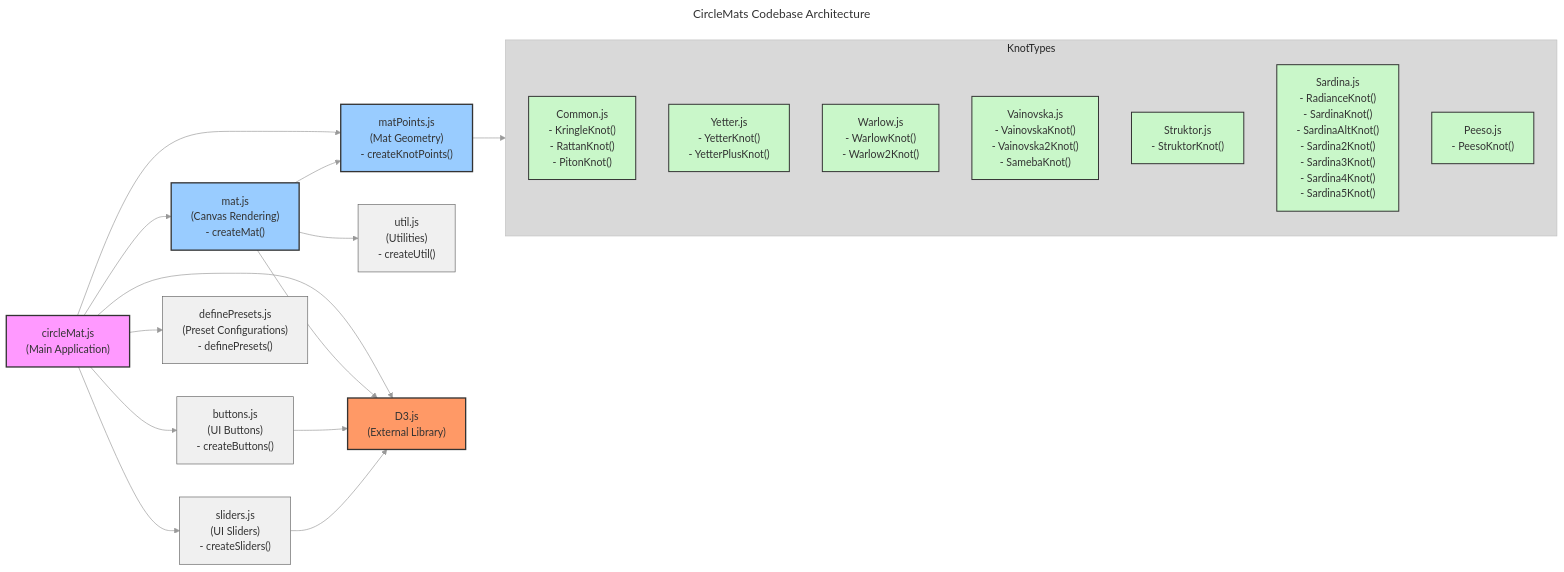
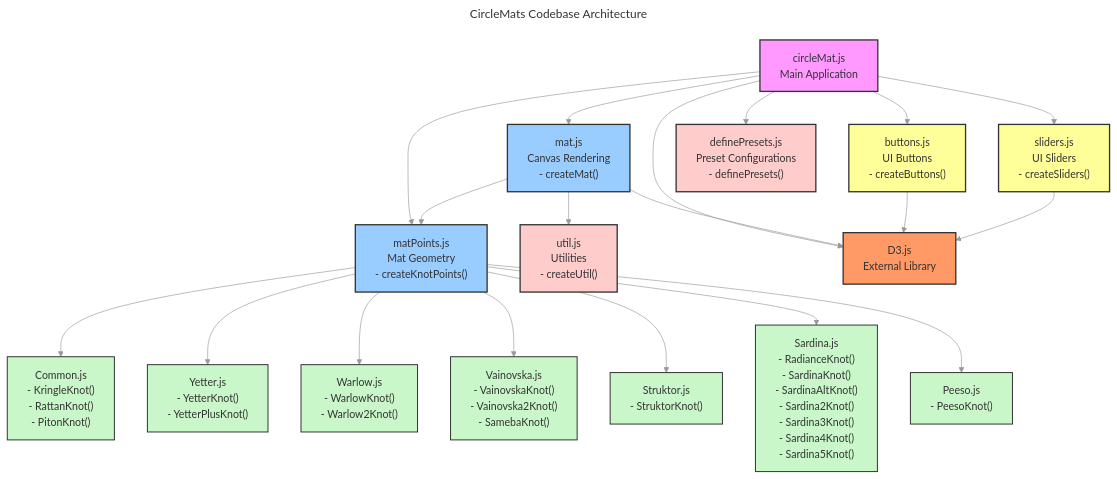
One commit to Scott-Y-Hall/CircleMats changed the diagram in code-relationships.mmd. Above: the diagram before and after it, drawn with Mermaid.

```diff
--- a/code-relationships.mmd
+++ b/code-relationships.mmd
@@ -1,60 +1,70 @@
 ---
 title: CircleMats Codebase Architecture
 description: Visualization of module relationships and dependencies in the CircleMats project.
 ---
 
 %%{init: {'theme': 'base', 'themeVariables': { 'primaryColor': '#f0f0f0', 'primaryTextColor': '#333', 'primaryBorderColor': '#666', 'lineColor': '#999', 'secondaryColor': '#e6e6e6', 'tertiaryColor': '#d9d9d9'}}}%%
 
-graph LR
+graph TD
     %% Main Application File
-    circleMat.js["circleMat.js<br/>(Main Application)"]
+    circleMat["circleMat.js<br/>Main Application"]
     
     %% Core Modules
-    mat.js["mat.js<br/>(Canvas Rendering)<br/>- createMat()"]
-    matPoints.js["matPoints.js<br/>(Mat Geometry)<br/>- createKnotPoints()"]
+    mat["mat.js<br/>Canvas Rendering<br/>- createMat()"]
+    matPoints["matPoints.js<br/>Mat Geometry<br/>- createKnotPoints()"]
     
     %% UI Components
-    buttons.js["buttons.js<br/>(UI Buttons)<br/>- createButtons()"]
-    sliders.js["sliders.js<br/>(UI Sliders)<br/>- createSliders()"]
+    buttons["buttons.js<br/>UI Buttons<br/>- createButtons()"]
+    sliders["sliders.js<br/>UI Sliders<br/>- createSliders()"]
     
-    %% Knot Implementations
-    subgraph "KnotTypes"
-        Common["Common.js<br/>- KringleKnot()<br/>- RattanKnot()<br/>- PitonKnot()"]
-        Yetter["Yetter.js<br/>- YetterKnot()<br/>- YetterPlusKnot()"]
-        Warlow["Warlow.js<br/>- WarlowKnot()<br/>- Warlow2Knot()"]
-        Vainovska["Vainovska.js<br/>- VainovskaKnot()<br/>- Vainovska2Knot()<br/>- SamebaKnot()"]
-        Struktor["Struktor.js<br/>- StruktorKnot()"]
-        Sardina["Sardina.js<br/>- RadianceKnot()<br/>- SardinaKnot()<br/>- SardinaAltKnot()<br/>- Sardina2Knot()<br/>- Sardina3Knot()<br/>- Sardina4Knot()<br/>- Sardina5Knot()"]
-        Peeso["Peeso.js<br/>- PeesoKnot()"]
-    end
+    %% Knot Types
+    Common["Common.js<br/>- KringleKnot()<br/>- RattanKnot()<br/>- PitonKnot()"]
+    Yetter["Yetter.js<br/>- YetterKnot()<br/>- YetterPlusKnot()"]
+    Warlow["Warlow.js<br/>- WarlowKnot()<br/>- Warlow2Knot()"]
+    Vainovska["Vainovska.js<br/>- VainovskaKnot()<br/>- Vainovska2Knot()<br/>- SamebaKnot()"]
+    Struktor["Struktor.js<br/>- StruktorKnot()"]
+    Sardina["Sardina.js<br/>- RadianceKnot()<br/>- SardinaKnot()<br/>- SardinaAltKnot()<br/>- Sardina2Knot()<br/>- Sardina3Knot()<br/>- Sardina4Knot()<br/>- Sardina5Knot()"]
+    Peeso["Peeso.js<br/>- PeesoKnot()"]
     
     %% Utility
-    util.js["util.js<br/>(Utilities)<br/>- createUtil()"]
-    definePresets.js["definePresets.js<br/>(Preset Configurations)<br/>- definePresets()"]
+    util["util.js<br/>Utilities<br/>- createUtil()"]
+    definePresets["definePresets.js<br/>Preset Configurations<br/>- definePresets()"]
     
     %% D3.js Dependency
-    D3["D3.js<br/>(External Library)"]
+    D3["D3.js<br/>External Library"]
     
     %% Relationships
-    circleMat.js --> D3
-    circleMat.js --> mat.js
-    circleMat.js --> matPoints.js
-    circleMat.js --> buttons.js
-    circleMat.js --> sliders.js
-    circleMat.js --> definePresets.js
+    circleMat --> D3
+    circleMat --> mat
+    circleMat --> matPoints
+    circleMat --> buttons
+    circleMat --> sliders
+    circleMat --> definePresets
     
-    mat.js --> matPoints.js
-    mat.js --> util.js
-    mat.js --> D3
+    mat --> matPoints
+    mat --> util
+    mat --> D3
     
-    buttons.js --> D3
-    sliders.js --> D3
-    matPoints.js --> KnotTypes    
+    buttons --> D3
+    sliders --> D3
+    matPoints --> Common
+    matPoints --> Yetter
+    matPoints --> Warlow
+    matPoints --> Vainovska
+    matPoints --> Struktor
+    matPoints --> Sardina
+    matPoints --> Peeso
     
-    style circleMat.js fill:#f9f,stroke:#333,stroke-width:2px
-    style D3 fill:#f96,stroke:#333,stroke-width:2px
-    style mat.js fill:#9cf,stroke:#333,stroke-width:2px
-    style matPoints.js fill:#9cf,stroke:#333,stroke-width:2px
+    classDef app fill:#f9f,stroke:#333,stroke-width:2px
+    classDef core fill:#9cf,stroke:#333,stroke-width:2px
+    classDef ui fill:#ff9,stroke:#333,stroke-width:2px
+    classDef knot fill:#c9f7c9,stroke:#333,stroke-width:1.5px
+    classDef util fill:#fcc,stroke:#333,stroke-width:2px
+    classDef ext fill:#f96,stroke:#333,stroke-width:2px
     
-    classDef knot fill:#c9f7c9,stroke:#333,stroke-width:1.5px
-    class Common,Yetter,Warlow,Vainovska,Struktor,Sardina,Piton,Peeso knot
+    class circleMat app
+    class mat,matPoints core
+    class buttons,sliders ui
+    class Common,Yetter,Warlow,Vainovska,Struktor,Sardina,Peeso knot
+    class util,definePresets util
+    class D3 ext
```
